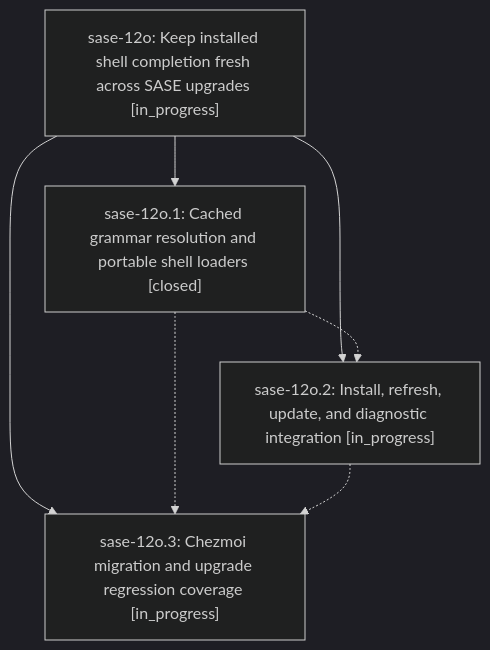
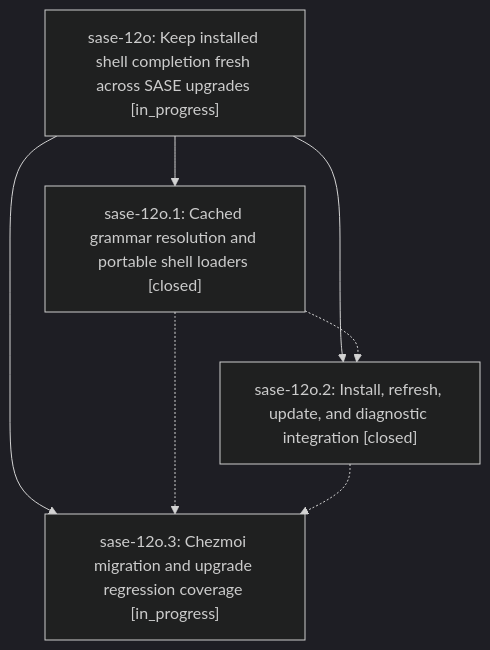
Before and after one commit to sase-org/sase--beads: the diagram in pages/sase-12o/README.md, drawn with Mermaid (dark theme). The commit also changed other lines of this file and 3 other files, not shown here.

````diff
--- a/pages/sase-12o/README.md
+++ b/pages/sase-12o/README.md
@@ -24,13 +24,13 @@
 ```mermaid
 flowchart TD
     n0["sase-12o: Keep installed shell completion fresh across SASE upgrades [in_progress]"]
     n1["sase-12o.1: Cached grammar resolution and portable shell loaders [closed]"]
-    n2["sase-12o.2: Install, refresh, update, and diagnostic integration [in_progress]"]
+    n2["sase-12o.2: Install, refresh, update, and diagnostic integration [closed]"]
     n3["sase-12o.3: Chezmoi migration and upgrade regression coverage [in_progress]"]
     n0 --> n1
     n0 --> n2
     n0 --> n3
     n1 -.-> n2
     n1 -.-> n3
     n2 -.-> n3
 ```
````
